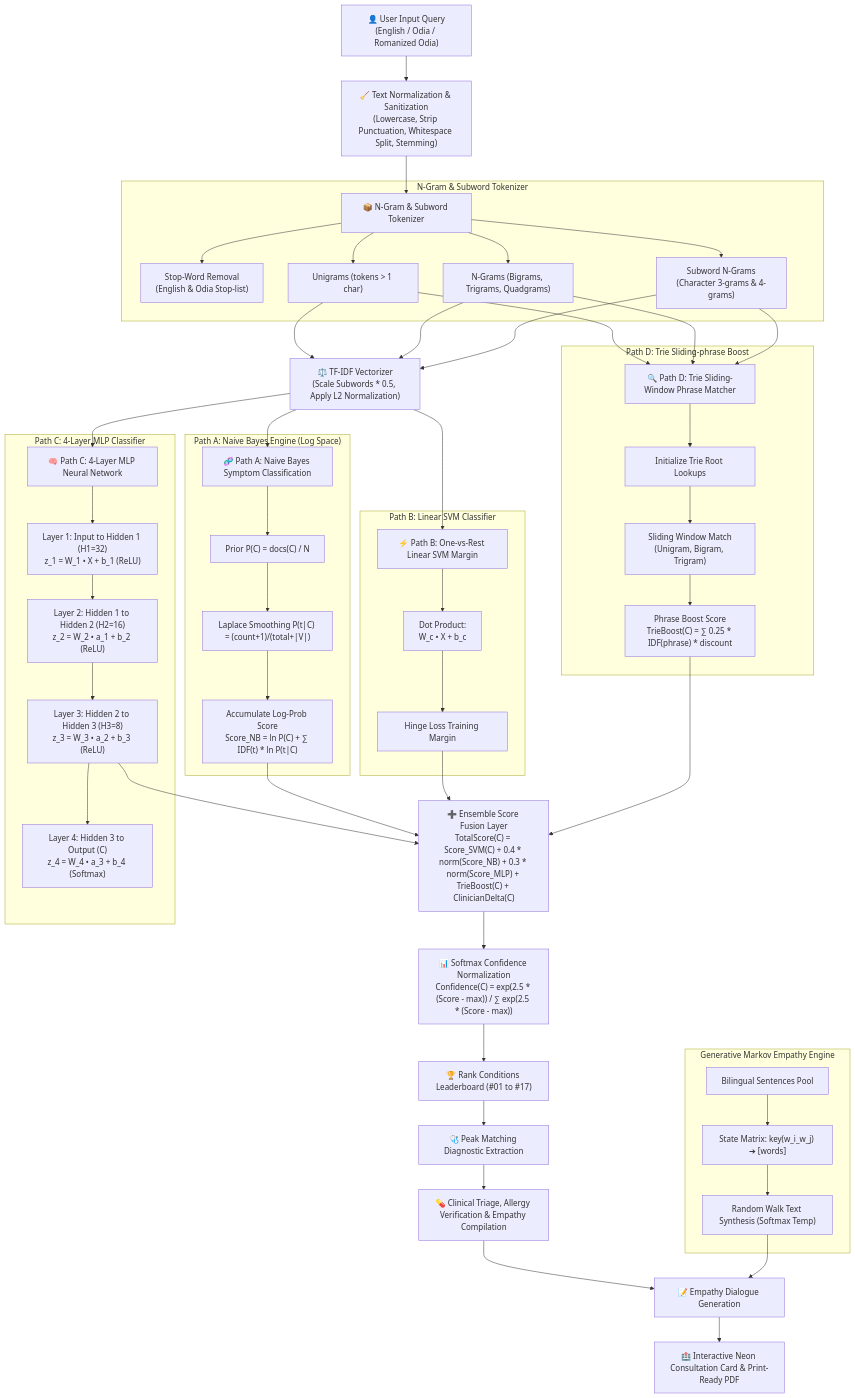
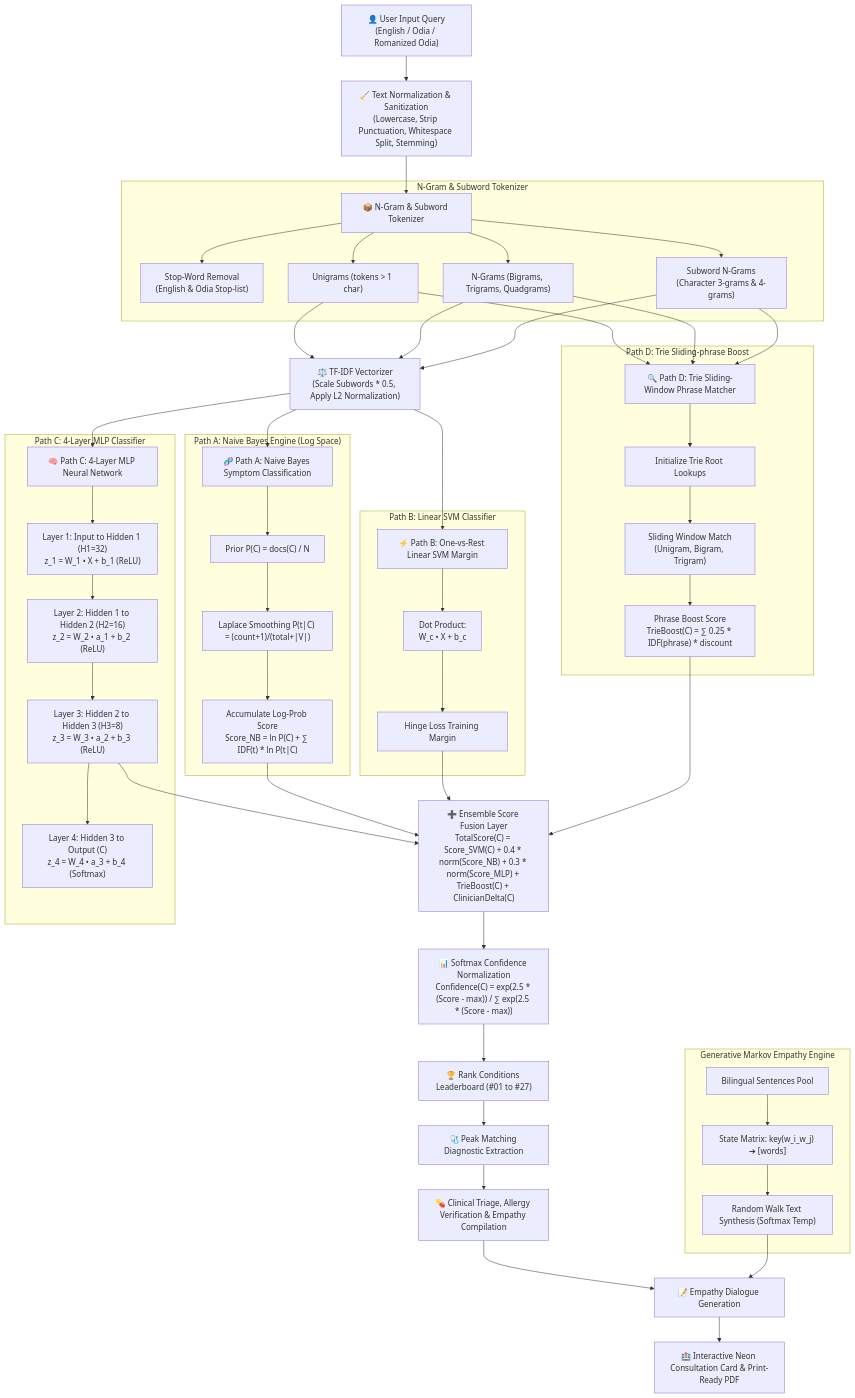
Before and after one commit to ramanuja-01/Raman-AI: the second of 4 diagrams in README.md, drawn with Mermaid. The commit also changed other lines of this file, not shown here.

````diff
--- a/README.md
+++ b/README.md
@@ -184,81 +184,81 @@
 ```mermaid
 flowchart TD
     A["👤 User Input Query<br/>(English / Odia / Romanized Odia)"] --> B["🧹 Text Normalization & Sanitization<br/>(Lowercase, Strip Punctuation, Whitespace Split, Stemming)"]
     
     %% Tokenization
     B --> C["📦 N-Gram & Subword Tokenizer"]
     subgraph Tokenizer ["N-Gram & Subword Tokenizer"]
         C1["Stop-Word Removal<br/>(English & Odia Stop-list)"]
         C2["Unigrams (tokens > 1 char)"]
         C3["N-Grams (Bigrams, Trigrams, Quadgrams)"]
         C4["Subword N-Grams<br/>(Character 3-grams & 4-grams)"]
         C --> C1 & C2 & C3 & C4
     end
 
     %% Vectorization
     C2 & C3 & C4 --> VEC["⚖️ TF-IDF Vectorizer<br/>(Scale Subwords * 0.5, Apply L2 Normalization)"]
 
     %% Inference Paths
     VEC --> D1["🧬 Path A: Naive Bayes Symptom Classification"]
     VEC --> D2["⚡ Path B: One-vs-Rest Linear SVM Margin"]
     VEC --> D3["🧠 Path C: 4-Layer MLP Neural Network"]
     C2 & C3 & C4 --> D4["🔍 Path D: Trie Sliding-Window Phrase Matcher"]
 
     %% Naive Bayes Details
     subgraph NB ["Path A: Naive Bayes Engine (Log Space)"]
         NB1["Prior P(C) = docs(C) / N"]
         NB2["Laplace Smoothing P(t|C) = (count+1)/(total+|V|)"]
         NB3["Accumulate Log-Prob Score<br/>Score_NB = ln P(C) + ∑ IDF(t) * ln P(t|C)"]
         D1 --> NB1 --> NB2 --> NB3
     end
 
     %% SVM Details
     subgraph SVM ["Path B: Linear SVM Classifier"]
         SVM1["Dot Product:<br/>W_c • X + b_c"]
         SVM2["Hinge Loss Training Margin"]
         D2 --> SVM1 --> SVM2
     end
 
     %% MLP Details
     subgraph MLP ["Path C: 4-Layer MLP Classifier"]
         MLP1["Layer 1: Input to Hidden 1 (H1=32)<br/>z_1 = W_1 • X + b_1 (ReLU)"]
         MLP2["Layer 2: Hidden 1 to Hidden 2 (H2=16)<br/>z_2 = W_2 • a_1 + b_2 (ReLU)"]
         MLP3["Layer 3: Hidden 2 to Hidden 3 (H3=8)<br/>z_3 = W_3 • a_2 + b_3 (ReLU)"]
         MLP4["Layer 4: Hidden 3 to Output (C)<br/>z_4 = W_4 • a_3 + b_4 (Softmax)"]
         D3 --> MLP1 --> MLP2 --> MLP3 --> MLP4
     end
 
     %% Trie Matching Details
     subgraph TriePath ["Path D: Trie Sliding-phrase Boost"]
         TR1["Initialize Trie Root Lookups"]
         TR2["Sliding Window Match<br/>(Unigram, Bigram, Trigram)"]
         TR3["Phrase Boost Score<br/>TrieBoost(C) = ∑ 0.25 * IDF(phrase) * discount"]
         D4 --> TR1 --> TR2 --> TR3
     end
 
     %% Score Merging
     NB3 & SVM2 & MLP3 & TR3 --> E["➕ Ensemble Score Fusion Layer<br/>TotalScore(C) = Score_SVM(C) + 0.4 * norm(Score_NB) + 0.3 * norm(Score_MLP) + TrieBoost(C) + ClinicianDelta(C)"]
     
     %% Classification output
     E --> F["📊 Softmax Confidence Normalization<br/>Confidence(C) = exp(2.5 * (Score - max)) / ∑ exp(2.5 * (Score - max))"]
     
     %% Outputs
-    F --> G["🏆 Rank Conditions Leaderboard (#01 to #17)"]
+    F --> G["🏆 Rank Conditions Leaderboard (#01 to #27)"]
     G --> H["🩺 Peak Matching Diagnostic Extraction"]
     
     %% Side panel / UI integration
     H --> I["💊 Clinical Triage, Allergy Verification & Empathy Compilation"]
     
     %% Markov synthesis
     subgraph Markov ["Generative Markov Empathy Engine"]
         M1["Bilingual Sentences Pool"]
         M2["State Matrix: key(w_i_w_j) ➔ [words]"]
         M3["Random Walk Text Synthesis (Softmax Temp)"]
         M1 --> M2 --> M3
     end
     
     I --> J["📝 Empathy Dialogue Generation"]
     M3 --> J
     
     J --> K["🏥 Interactive Neon Consultation Card & Print-Ready PDF"]
 ```
````
